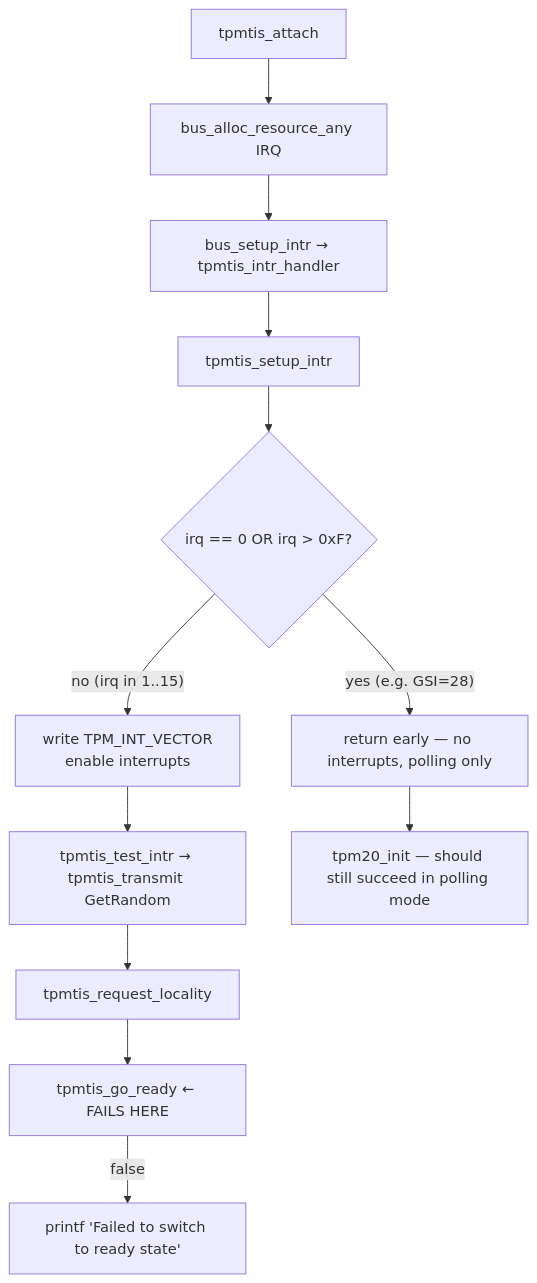
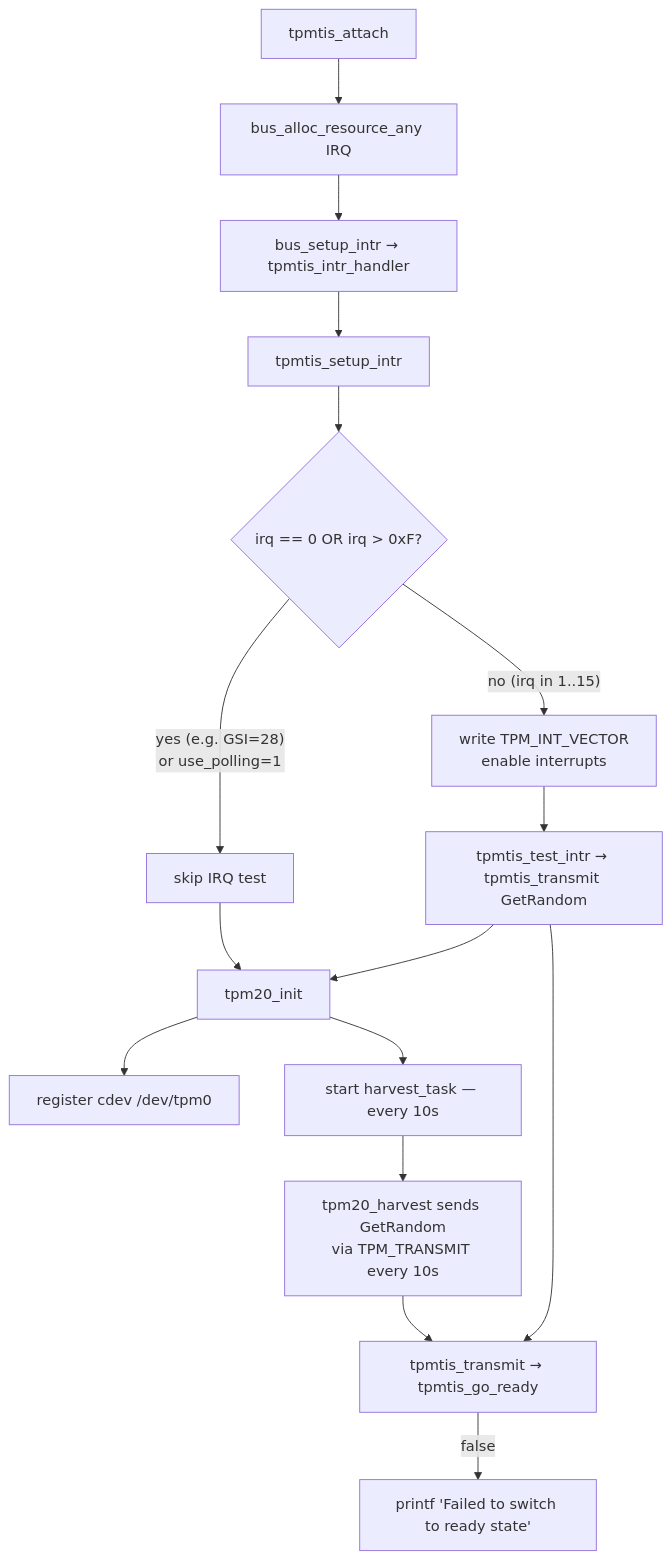
Before and after one commit to ocochard/myscripts: the second of 2 diagrams in FreeBSD/doc/TPM_IRQ.md, drawn with Mermaid. The commit also changed other lines of this file, not shown here.

````diff
--- a/FreeBSD/doc/TPM_IRQ.md
+++ b/FreeBSD/doc/TPM_IRQ.md
@@ -186,14 +190,18 @@
 ```mermaid
 flowchart TD
     A[tpmtis_attach] --> B[bus_alloc_resource_any IRQ]
     B --> C[bus_setup_intr → tpmtis_intr_handler]
     C --> D[tpmtis_setup_intr]
     D --> E{irq == 0 OR irq > 0xF?}
-    E -- "yes (e.g. GSI=28)" --> Z1[return early — no interrupts, polling only]
+    E -- "yes (e.g. GSI=28)<br/>or use_polling=1" --> Z1[skip IRQ test]
     E -- "no (irq in 1..15)" --> F[write TPM_INT_VECTOR<br/>enable interrupts]
     F --> G[tpmtis_test_intr → tpmtis_transmit GetRandom]
-    G --> H[tpmtis_request_locality]
-    H --> I[tpmtis_go_ready ← FAILS HERE]
-    I -- false --> X["printf 'Failed to switch to ready state'"]
-    Z1 --> Y[tpm20_init — should still succeed in polling mode]
+    Z1 --> H[tpm20_init]
+    G --> H
+    H --> I[register cdev /dev/tpm0]
+    H --> J[start harvest_task — every 10s]
+    J --> K[tpm20_harvest sends GetRandom<br/>via TPM_TRANSMIT every 10s]
+    K --> L[tpmtis_transmit → tpmtis_go_ready]
+    L -- false --> X["printf 'Failed to switch to ready state'"]
+    G --> L
 ```
````
